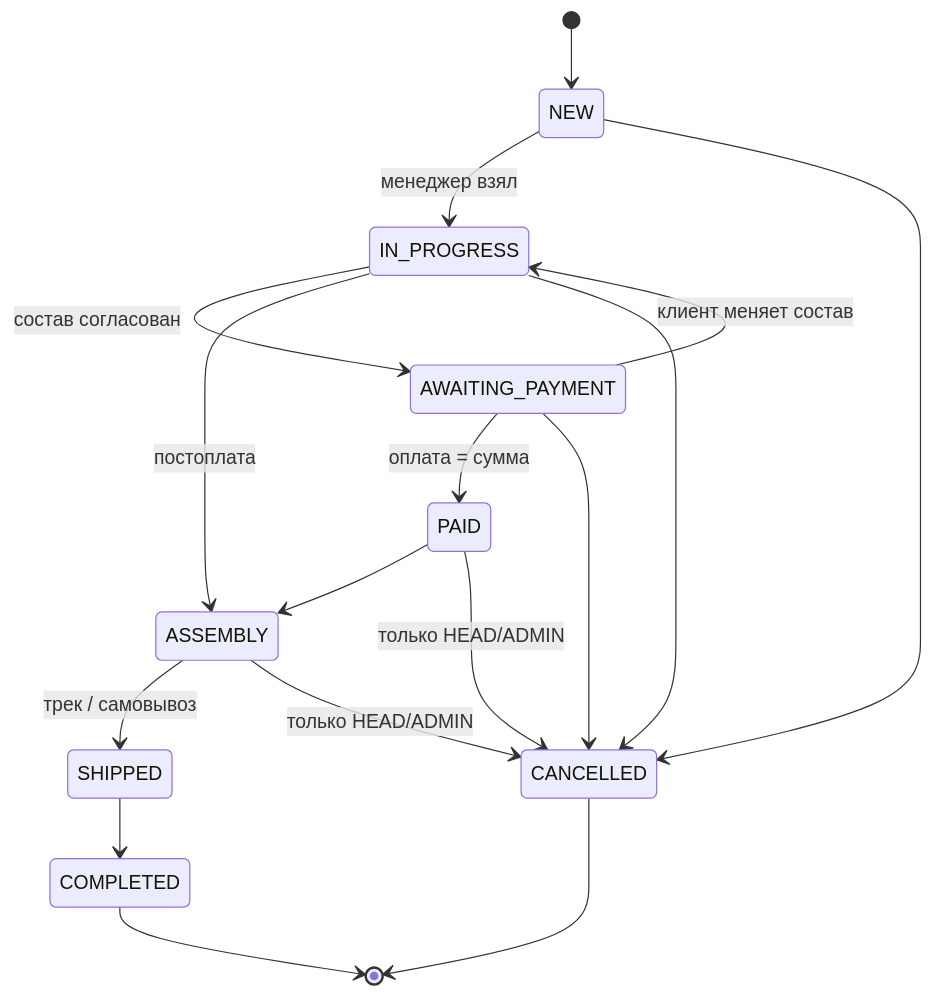
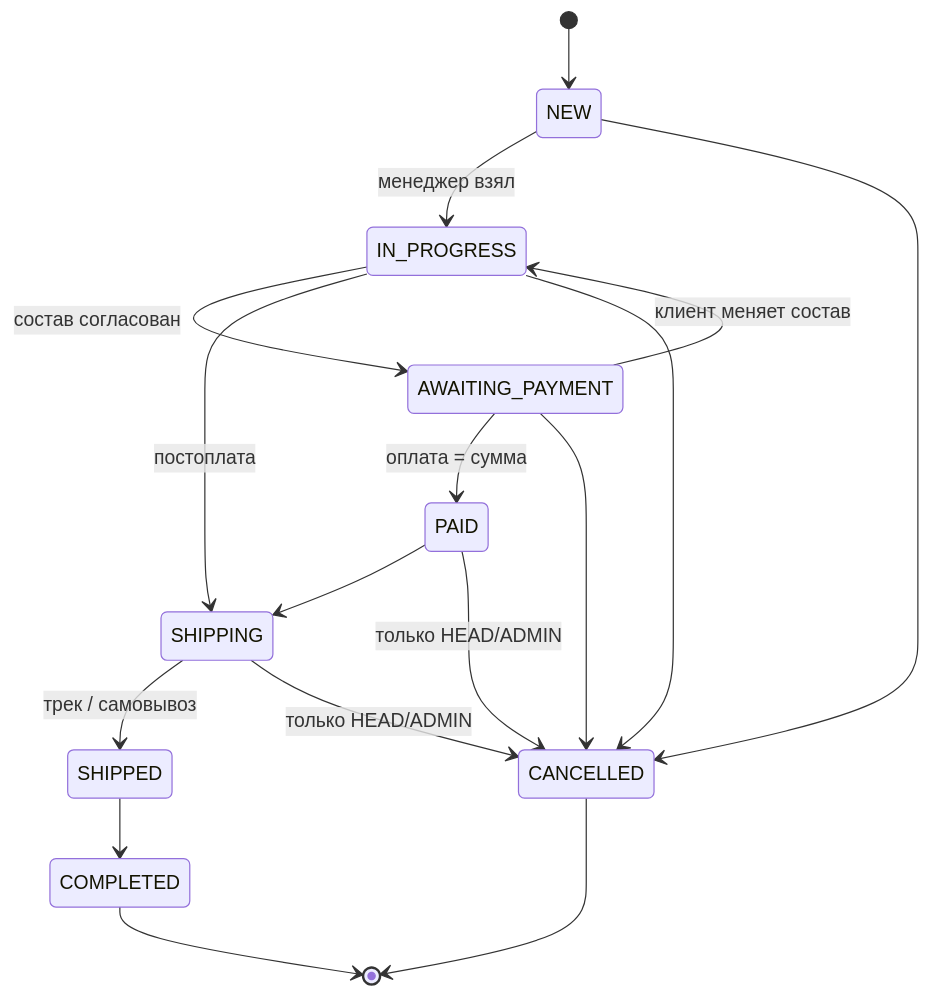
One commit to etisnow/buscom-erp changed the first of 2 diagrams in docs/PRD.md. Above: the diagram before and after it, drawn with Mermaid. The commit also changed other lines of this file and 8 other files, not shown here.

````diff
--- a/docs/PRD.md
+++ b/docs/PRD.md
@@ -192,19 +187,19 @@
 ```mermaid
 stateDiagram-v2
     [*] --> NEW
     NEW --> IN_PROGRESS: менеджер взял
     IN_PROGRESS --> AWAITING_PAYMENT: состав согласован
     AWAITING_PAYMENT --> IN_PROGRESS: клиент меняет состав
     AWAITING_PAYMENT --> PAID: оплата = сумма
-    IN_PROGRESS --> ASSEMBLY: постоплата
-    PAID --> ASSEMBLY
-    ASSEMBLY --> SHIPPED: трек / самовывоз
+    IN_PROGRESS --> SHIPPING: постоплата
+    PAID --> SHIPPING
+    SHIPPING --> SHIPPED: трек / самовывоз
     SHIPPED --> COMPLETED
     NEW --> CANCELLED
     IN_PROGRESS --> CANCELLED
     AWAITING_PAYMENT --> CANCELLED
     PAID --> CANCELLED: только HEAD/ADMIN
-    ASSEMBLY --> CANCELLED: только HEAD/ADMIN
+    SHIPPING --> CANCELLED: только HEAD/ADMIN
     COMPLETED --> [*]
     CANCELLED --> [*]
 ```
````
